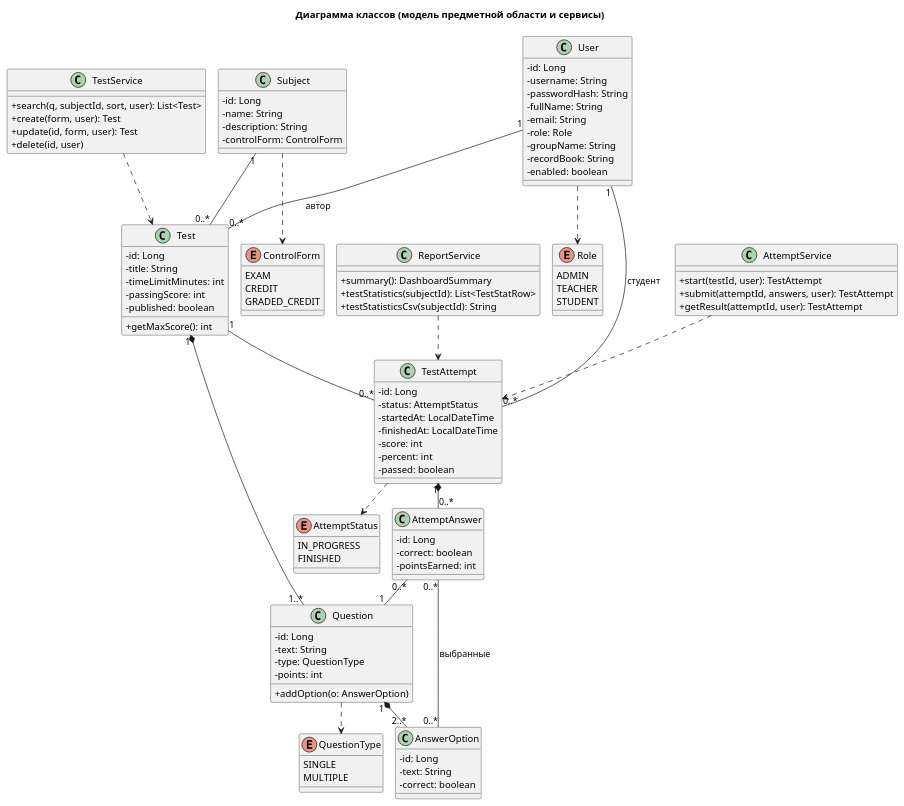
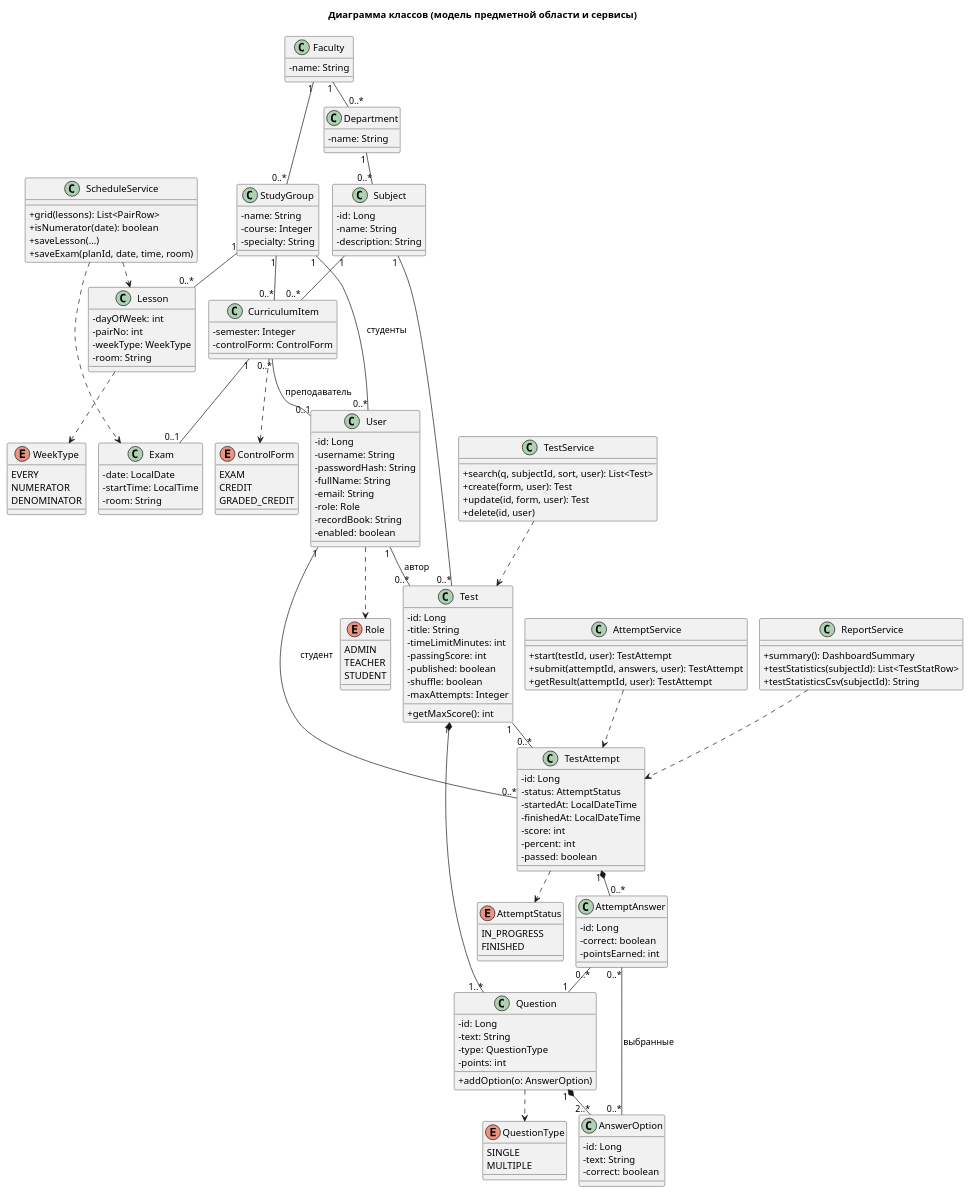
The diagram in docs/uml/2_class.puml (ChibryakovT/student-testing-system), drawn with PlantUML before and after one commit. The commit also changed 15 other files, not shown here.

```diff
--- a/docs/uml/2_class.puml
+++ b/docs/uml/2_class.puml
@@ -1,111 +1,160 @@
 @startuml class
 !pragma layout smetana
 skinparam defaultFontName Arial
 skinparam classAttributeIconSize 0
 title Диаграмма классов (модель предметной области и сервисы)
 
 enum Role {
   ADMIN
   TEACHER
   STUDENT
 }
 enum QuestionType {
   SINGLE
   MULTIPLE
 }
 enum ControlForm {
   EXAM
   CREDIT
   GRADED_CREDIT
 }
 enum AttemptStatus {
   IN_PROGRESS
   FINISHED
 }
 
 class User {
   -id: Long
   -username: String
   -passwordHash: String
   -fullName: String
   -email: String
   -role: Role
-  -groupName: String
   -recordBook: String
   -enabled: boolean
+}
+class Faculty {
+  -name: String
+}
+class Department {
+  -name: String
+}
+class StudyGroup {
+  -name: String
+  -course: Integer
+  -specialty: String
+}
+class CurriculumItem {
+  -semester: Integer
+  -controlForm: ControlForm
+}
+class Lesson {
+  -dayOfWeek: int
+  -pairNo: int
+  -weekType: WeekType
+  -room: String
+}
+class Exam {
+  -date: LocalDate
+  -startTime: LocalTime
+  -room: String
+}
+enum WeekType {
+  EVERY
+  NUMERATOR
+  DENOMINATOR
 }
 class Subject {
   -id: Long
   -name: String
   -description: String
-  -controlForm: ControlForm
 }
 class Test {
   -id: Long
   -title: String
   -timeLimitMinutes: int
   -passingScore: int
   -published: boolean
+  -shuffle: boolean
+  -maxAttempts: Integer
   +getMaxScore(): int
 }
 class Question {
   -id: Long
   -text: String
   -type: QuestionType
   -points: int
   +addOption(o: AnswerOption)
 }
 class AnswerOption {
   -id: Long
   -text: String
   -correct: boolean
 }
 class TestAttempt {
   -id: Long
   -status: AttemptStatus
   -startedAt: LocalDateTime
   -finishedAt: LocalDateTime
   -score: int
   -percent: int
   -passed: boolean
 }
 class AttemptAnswer {
   -id: Long
   -correct: boolean
   -pointsEarned: int
 }
 
 class TestService {
   +search(q, subjectId, sort, user): List<Test>
   +create(form, user): Test
   +update(id, form, user): Test
   +delete(id, user)
 }
 class AttemptService {
   +start(testId, user): TestAttempt
   +submit(attemptId, answers, user): TestAttempt
   +getResult(attemptId, user): TestAttempt
 }
+class ScheduleService {
+  +grid(lessons): List<PairRow>
+  +isNumerator(date): boolean
+  +saveLesson(...)
+  +saveExam(planId, date, time, room)
+}
 class ReportService {
   +summary(): DashboardSummary
   +testStatistics(subjectId): List<TestStatRow>
   +testStatisticsCsv(subjectId): String
 }
 
 Subject "1" -- "0..*" Test
 User "1" -- "0..*" Test : автор >
 Test "1" *-- "1..*" Question
 Question "1" *-- "2..*" AnswerOption
 User "1" -- "0..*" TestAttempt : студент >
 Test "1" -- "0..*" TestAttempt
 TestAttempt "1" *-- "0..*" AttemptAnswer
 AttemptAnswer "0..*" -- "1" Question
 AttemptAnswer "0..*" -- "0..*" AnswerOption : выбранные >
 User ..> Role
-Subject ..> ControlForm
+Faculty "1" -- "0..*" Department
+Faculty "1" -- "0..*" StudyGroup
+Department "1" -- "0..*" Subject
+StudyGroup "1" -- "0..*" User : студенты >
+StudyGroup "1" -- "0..*" CurriculumItem
+Subject "1" -- "0..*" CurriculumItem
+CurriculumItem "0..*" -- "0..1" User : преподаватель >
+CurriculumItem "1" -- "0..1" Exam
+StudyGroup "1" -- "0..*" Lesson
+Lesson ..> WeekType
+CurriculumItem ..> ControlForm
+ScheduleService ..> Lesson
+ScheduleService ..> Exam
 Question ..> QuestionType
 TestAttempt ..> AttemptStatus
 TestService ..> Test
 AttemptService ..> TestAttempt
 ReportService ..> TestAttempt
 @enduml
```
